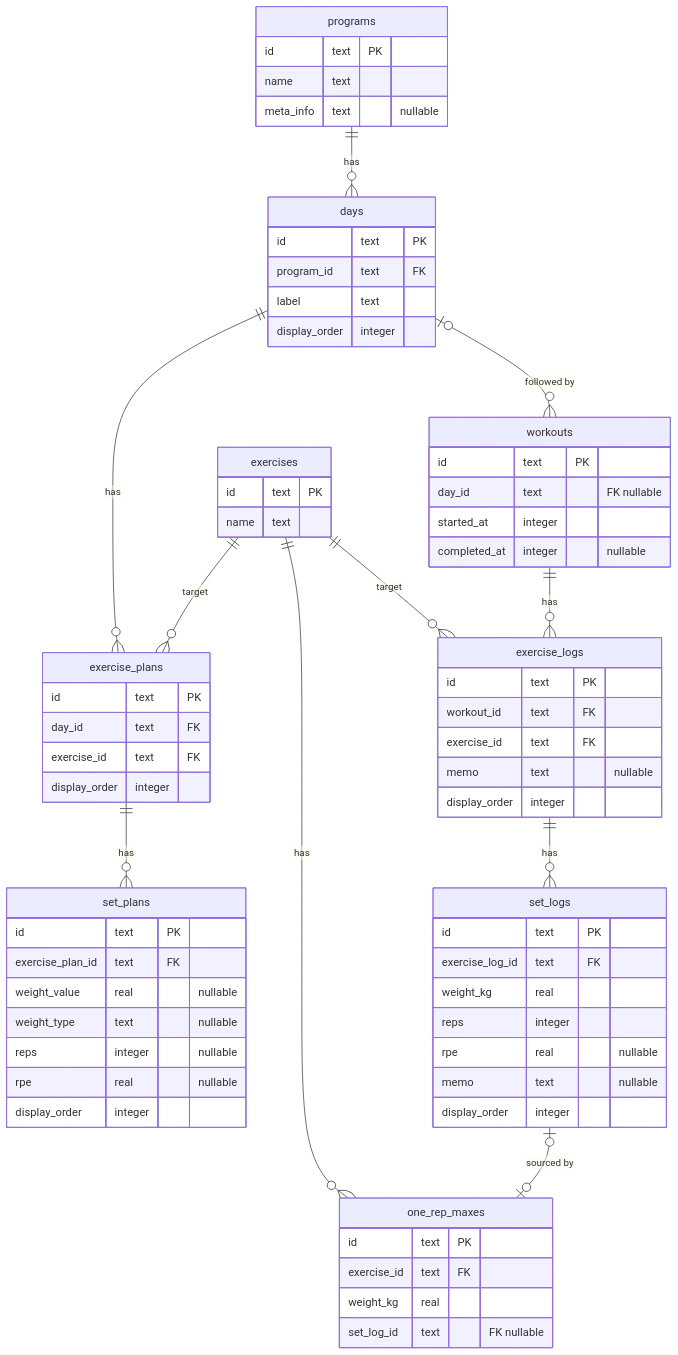
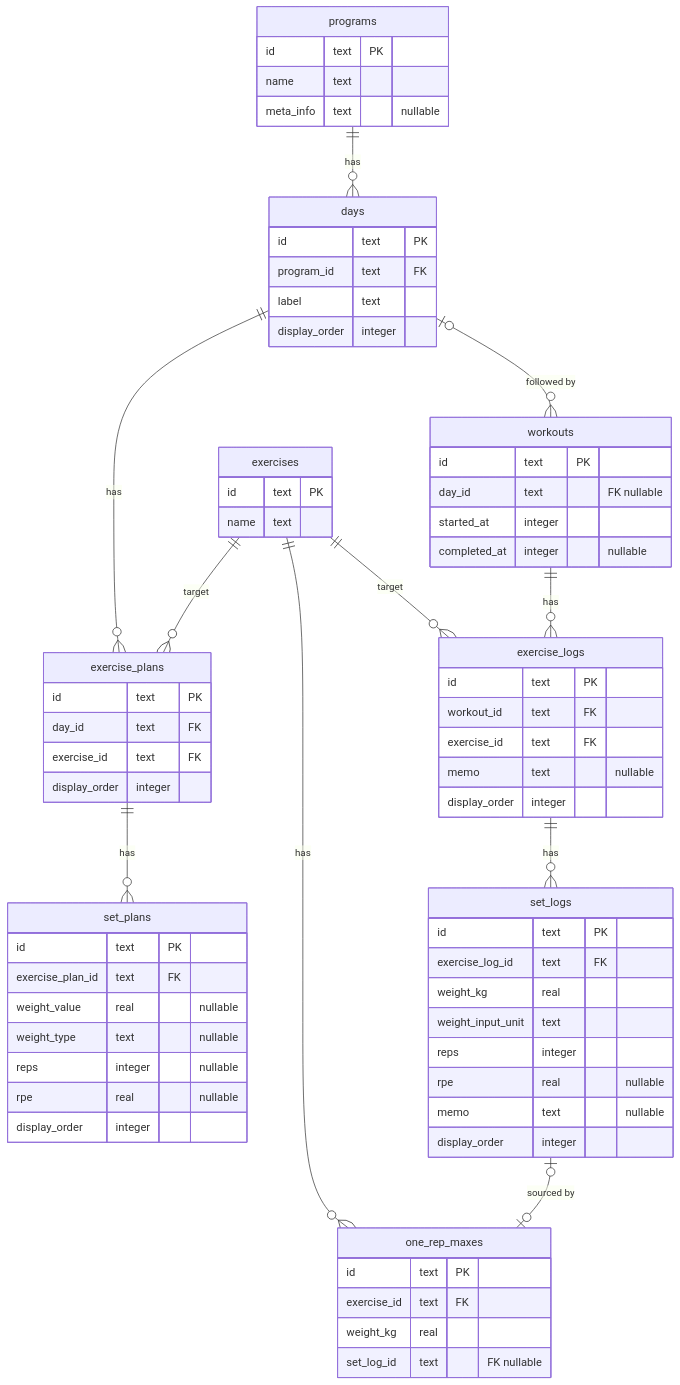
One commit to gn-t-k/next-lift changed the first of 4 diagrams in docs/project/erd-design.md. Above: the diagram before and after it, drawn with Mermaid. The commit also changed other lines of this file, not shown here.

First line of the commit message:
docs: lbs対応を初期スコープに組み込み、weight_input_unitカラム追加

````diff
--- a/docs/project/erd-design.md
+++ b/docs/project/erd-design.md
@@ -162,72 +162,73 @@
 ```mermaid
 erDiagram
     programs ||--o{ days : "has"
     days ||--o{ exercise_plans : "has"
     exercise_plans ||--o{ set_plans : "has"
     exercises ||--o{ exercise_plans : "target"
     exercises ||--o{ exercise_logs : "target"
     exercises ||--o{ one_rep_maxes : "has"
     workouts ||--o{ exercise_logs : "has"
     days |o--o{ workouts : "followed by"
     exercise_logs ||--o{ set_logs : "has"
     set_logs |o--o| one_rep_maxes : "sourced by"
 
     programs {
         id text PK
         name text
         meta_info text "nullable"
     }
     days {
         id text PK
         program_id text FK
         label text
         display_order integer
     }
     exercise_plans {
         id text PK
         day_id text FK
         exercise_id text FK
         display_order integer
     }
     set_plans {
         id text PK
         exercise_plan_id text FK
         weight_value real "nullable"
         weight_type text "nullable"
         reps integer "nullable"
         rpe real "nullable"
         display_order integer
     }
     exercises {
         id text PK
         name text
     }
     one_rep_maxes {
         id text PK
         exercise_id text FK
         weight_kg real
         set_log_id text "FK nullable"
     }
     workouts {
         id text PK
         day_id text "FK nullable"
         started_at integer
         completed_at integer "nullable"
     }
     exercise_logs {
         id text PK
         workout_id text FK
         exercise_id text FK
         memo text "nullable"
         display_order integer
     }
     set_logs {
         id text PK
         exercise_log_id text FK
         weight_kg real
+        weight_input_unit text
         reps integer
         rpe real "nullable"
         memo text "nullable"
         display_order integer
     }
 ```
````
